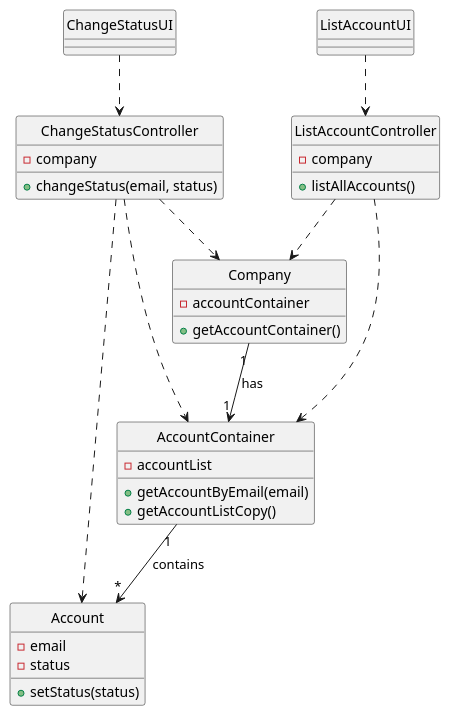
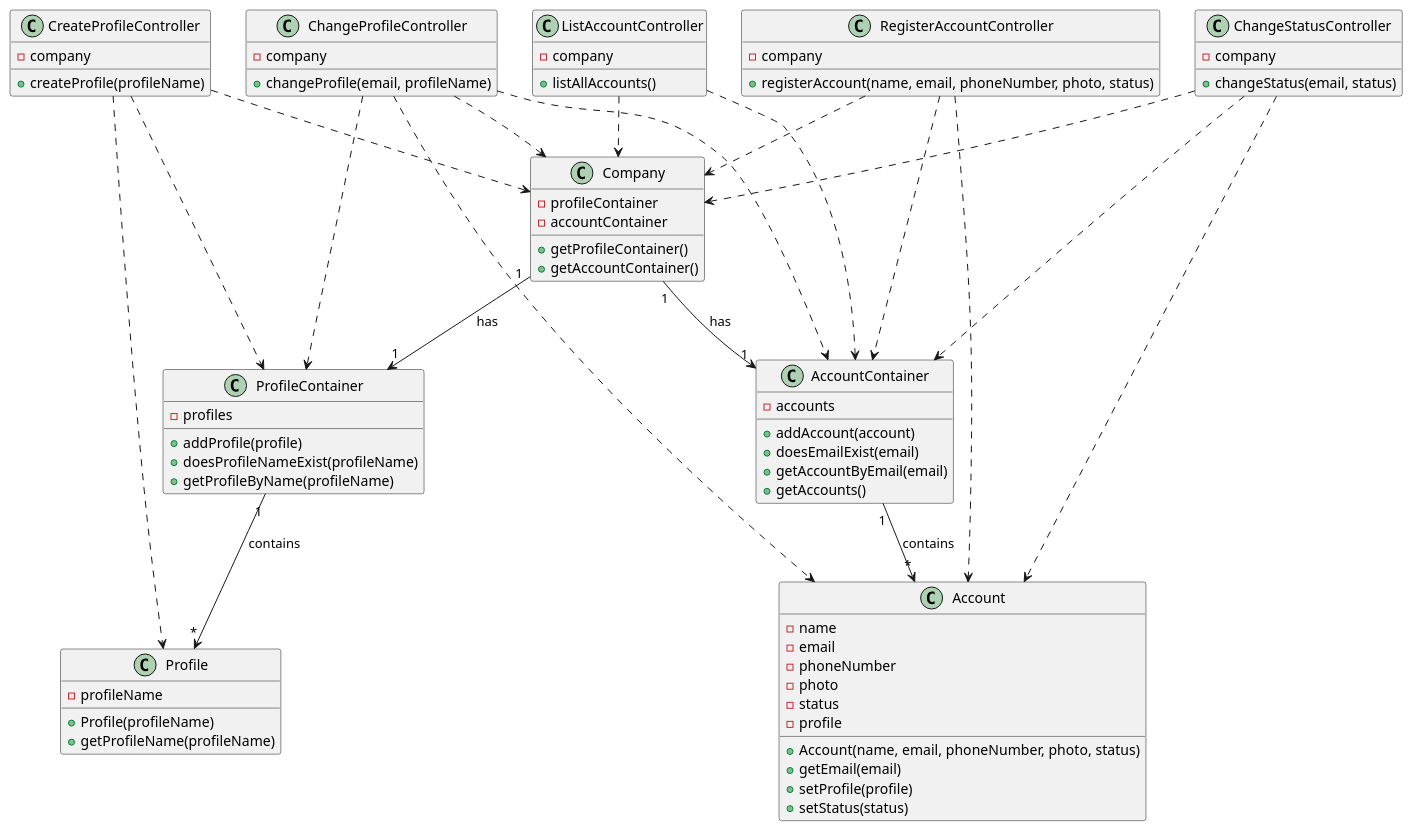
The diagram in docs/modelling_design/classDiagram_v1.puml (Loracline/project_switch_22-23), drawn with PlantUML before and after one commit. The commit also changed 40 other files, not shown here.

Commit message:
Class Diagram | Final update before Sprint Review #1

```diff
--- a/docs/modelling_design/classDiagram_v1.puml
+++ b/docs/modelling_design/classDiagram_v1.puml
@@ -1,56 +1,93 @@
 @startuml
 
-class "ChangeStatusUI" as CSUI
-class "ListAccountUI" as LAUI
-class "ChangeStatusController" as CSC
-class "ListAccountController" as LAC
-class "Company" as company
-class "AccountContainer" as container
-class "Account" as account
+class "CreateProfileController" {
+-company
++createProfile(profileName)
+}
 
-hide "CSUI" circle
-hide "LAUI" circle
-hide "CSC" circle
-hide "LAC" circle
-hide "company" circle
-hide "container" circle
-hide "account" circle
+class "RegisterAccountController" {
+-company
++registerAccount(name, email, phoneNumber, photo, status)
+}
 
-"CSUI" ..> "CSC"
-"LAUI" ..> "LAC"
-"CSC"  ..> "company"
-"LAC" ..> "company"
-"CSC" ..> "container"
-"LAC" ..> "container"
-"CSC" ..> "account"
-"company" "1"-->"1" "container": has
-"container" "1"-->"*" "account": contains
+class ChangeProfileController {
+-company
++changeProfile(email, profileName)
+}
 
-class "CSC" {
+class "ListAccountController" {
+-company
++listAllAccounts()
+}
+
+class "ChangeStatusController" {
 -company
 +changeStatus(email, status)
 }
 
-class "LAC" {
--company
-+listAllAccounts()
-}
-
-class "company" {
+class "Company" {
+-profileContainer
 -accountContainer
++getProfileContainer()
 +getAccountContainer()
 }
 
-class "container" {
--accountList
-+getAccountByEmail(email)
-+getAccountListCopy()
+class "ProfileContainer"{
+-profiles
++addProfile(profile)
++doesProfileNameExist(profileName)
++getProfileByName(profileName)
 }
 
-class "account" {
+class "Profile"{
+-profileName
++Profile(profileName)
++getProfileName(profileName)
+}
+
+class "AccountContainer"{
+-accounts
++addAccount(account)
++doesEmailExist(email)
++getAccountByEmail(email)
++getAccounts()
+}
+
+class "Account" {
+-name
 -email
+-phoneNumber
+-photo
 -status
+-profile
++Account(name, email, phoneNumber, photo, status)
++getEmail(email)
++setProfile(profile)
 +setStatus(status)
 }
 
+"CreateProfileController" ..>  "Company"
+"CreateProfileController" ..> "ProfileContainer"
+"CreateProfileController" ..> "Profile"
+"Company" "1"-->"1" "ProfileContainer": has
+"ProfileContainer" "1" --> "*" "Profile": contains
+
+"RegisterAccountController" ..>  "Company"
+"RegisterAccountController" ..> "Account"
+"RegisterAccountController" ..> "AccountContainer"
+"Company" "1"-->"1" "AccountContainer": has
+"AccountContainer" "1"-->"*" "Account": contains
+
+ChangeProfileController ..> Company
+ChangeProfileController ..> ProfileContainer
+ChangeProfileController ..> AccountContainer
+ChangeProfileController ..> Account
+
+"ListAccountController" ..> "Company"
+"ListAccountController" ..> "AccountContainer"
+
+"ChangeStatusController" ..> "Company"
+"ChangeStatusController" ..> "AccountContainer"
+"ChangeStatusController" ..> "Account"
+
 @enduml
```
